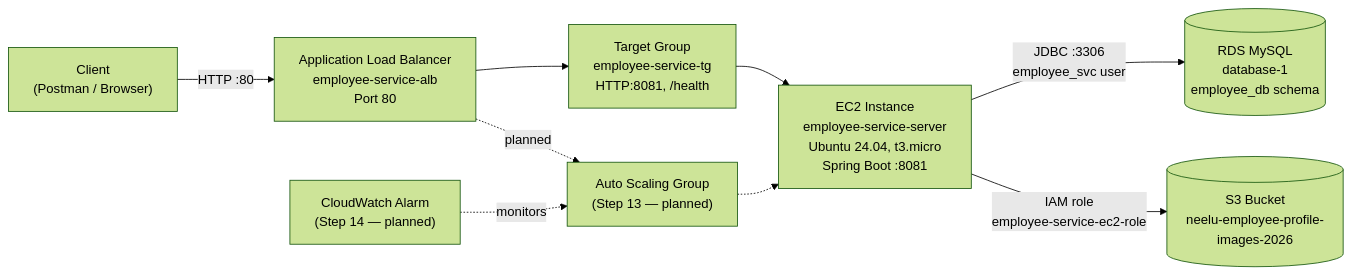
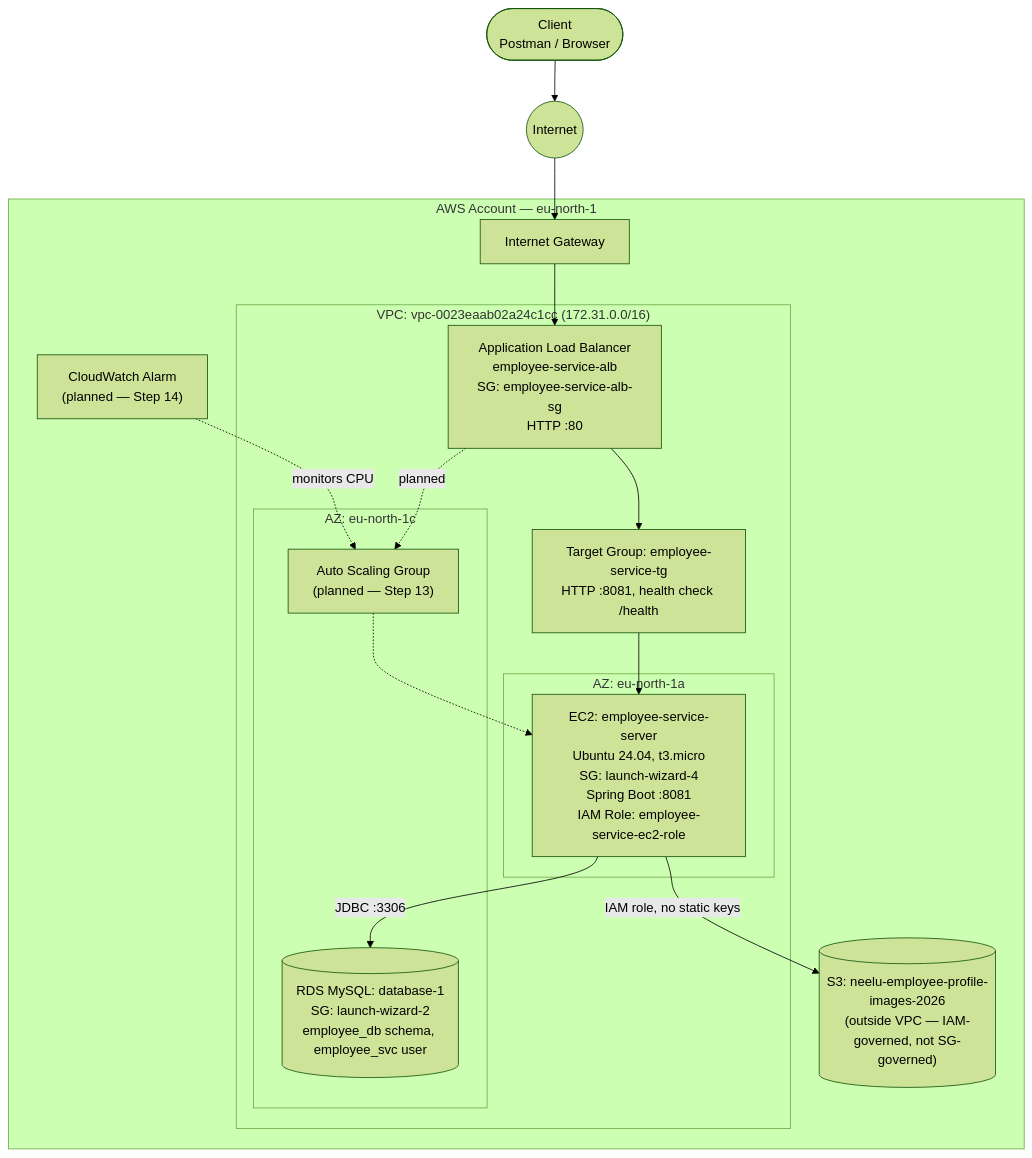
One commit to temptation4/employee-management-aws-guide changed the diagram in AWS_DEPLOYMENT_GUIDE.md. Above: the diagram before and after it, drawn with Mermaid (forest theme). The commit also changed other lines of this file and 3 other files, not shown here.

````diff
--- a/AWS_DEPLOYMENT_GUIDE.md
+++ b/AWS_DEPLOYMENT_GUIDE.md
@@ -11,21 +11,34 @@
 ```mermaid
-flowchart LR
-    Client["Client\n(Postman / Browser)"]
-    ALB["Application Load Balancer\nemployee-service-alb\nPort 80"]
-    TG["Target Group\nemployee-service-tg\nHTTP:8081, /health"]
-    EC2["EC2 Instance\nemployee-service-server\nUbuntu 24.04, t3.micro\nSpring Boot :8081"]
-    RDS[("RDS MySQL\ndatabase-1\nemployee_db schema")]
+flowchart TB
+    Client(["Client\nPostman / Browser"])
+    Internet(("Internet"))
 
-    Client -->|HTTP :80| ALB
-    ALB --> TG
-    TG --> EC2
-    EC2 -->|JDBC :3306\nemployee_svc user| RDS
-    EC2 -->|IAM role\nemployee-service-ec2-role| S3
+    subgraph AWS["AWS Account — eu-north-1"]
+        IGW["Internet Gateway"]
 
-    S3[("S3 Bucket\nneelu-employee-profile-images-2026")]
-    ASG["Auto Scaling Group\n(Step 13 — planned)"]
-    CW["CloudWatch Alarm\n(Step 14 — planned)"]
+        subgraph VPC["VPC: vpc-0023eaab02a24c1cc (172.31.0.0/16)"]
+            ALB["Application Load Balancer\nemployee-service-alb\nSG: employee-service-alb-sg\nHTTP :80"]
+            TG["Target Group: employee-service-tg\nHTTP :8081, health check /health"]
+
+            subgraph AZ1["AZ: eu-north-1a"]
+                EC2["EC2: employee-service-server\nUbuntu 24.04, t3.micro\nSG: launch-wizard-4\nSpring Boot :8081\nIAM Role: employee-service-ec2-role"]
+            end
+
+            subgraph AZ2["AZ: eu-north-1c"]
+                RDS[("RDS MySQL: database-1\nSG: launch-wizard-2\nemployee_db schema, employee_svc user")]
+                ASG["Auto Scaling Group\n(planned — Step 13)"]
+            end
+        end
+
+        S3[("S3: neelu-employee-profile-images-2026\n(outside VPC — IAM-governed, not SG-governed)")]
+        CW["CloudWatch Alarm\n(planned — Step 14)"]
+    end
+
+    Client --> Internet --> IGW --> ALB
+    ALB --> TG --> EC2
+    EC2 -->|JDBC :3306| RDS
+    EC2 -->|IAM role, no static keys| S3
     ALB -.->|planned| ASG
     ASG -.-> EC2
-    CW -.->|monitors| ASG
+    CW -.->|monitors CPU| ASG
 ```
````
